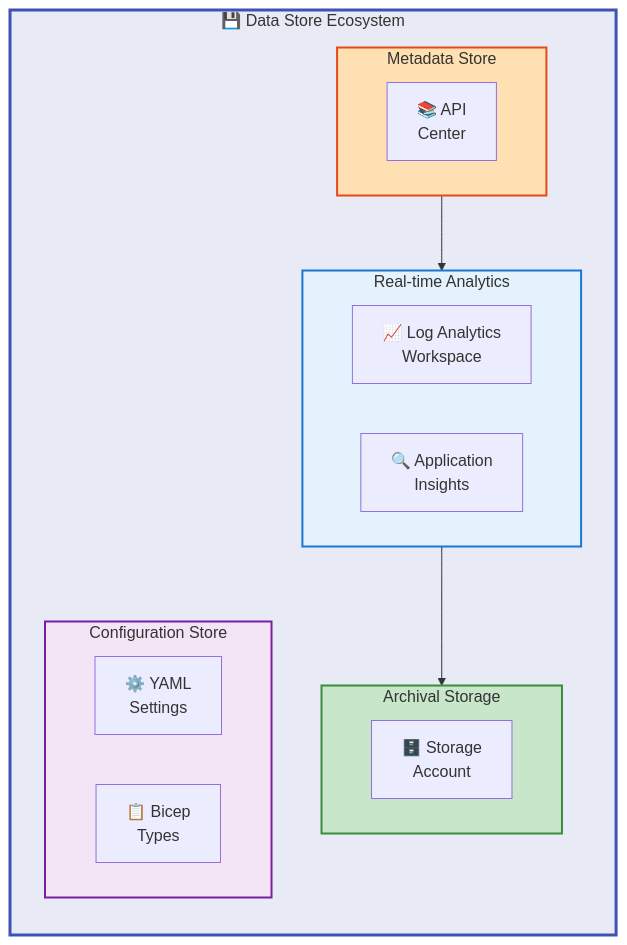
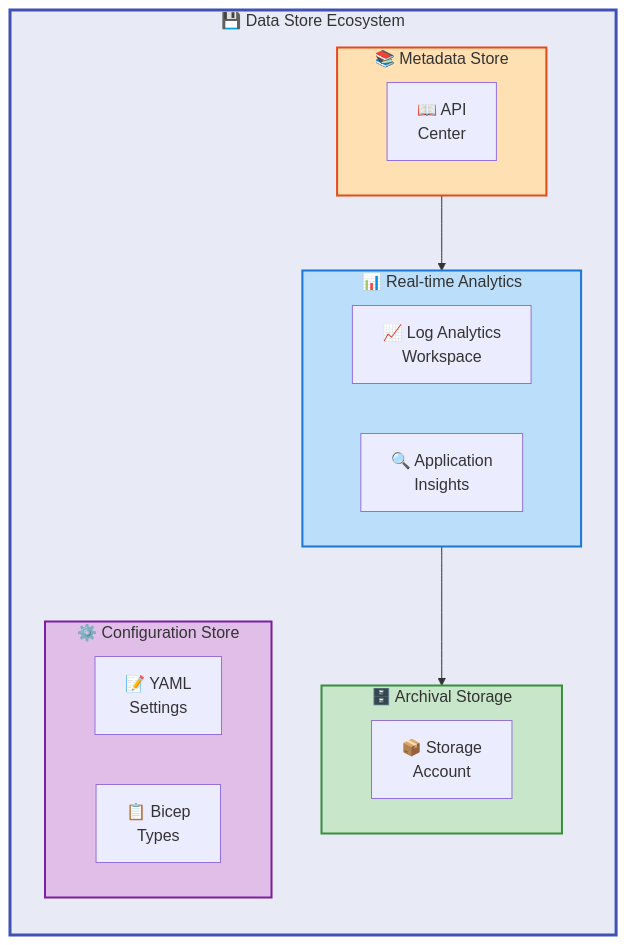
One commit to Evilazaro/APIM-Accelerator changed the third of 10 diagrams in docs/architecture/Data_Architecture_Document.md. Above: the diagram before and after it, drawn with Mermaid. The commit also changed other lines of this file and 1 other file, not shown here.

Commit message:
Enhance Data Architecture Document with improved flowcharts and semantic icons for better clarity and visual appeal

````diff
--- a/docs/architecture/Data_Architecture_Document.md
+++ b/docs/architecture/Data_Architecture_Document.md
@@ -150,38 +157,42 @@
 ```mermaid
 %%{init: {"flowchart": {"htmlLabels": false}} }%%
+%% ============================================
+%% COLOR SCHEME: Hierarchical + Semantic layers
+%% Level 1: #E8EAF6 | Realtime=#BBDEFB | Archive=#C8E6C9 | Meta=#FFE0B2 | Config=#E1BEE7
+%% ============================================
 flowchart TB
     subgraph datastores["💾 Data Store Ecosystem"]
         direction TB
 
-        subgraph realtime["Real-time Analytics"]
+        subgraph realtime["📊 Real-time Analytics"]
             direction LR
             DS1["📈 Log Analytics<br/>Workspace"]
             DS2["🔍 Application<br/>Insights"]
         end
 
-        subgraph archive["Archival Storage"]
+        subgraph archive["🗄️ Archival Storage"]
             direction LR
-            DS3["🗄️ Storage<br/>Account"]
+            DS3["📦 Storage<br/>Account"]
         end
 
-        subgraph metadata["Metadata Store"]
+        subgraph metadata["📚 Metadata Store"]
             direction LR
-            DS4["📚 API<br/>Center"]
+            DS4["📖 API<br/>Center"]
         end
 
-        subgraph config["Configuration Store"]
+        subgraph config["⚙️ Configuration Store"]
             direction LR
-            DS5["⚙️ YAML<br/>Settings"]
+            DS5["📝 YAML<br/>Settings"]
             DS6["📋 Bicep<br/>Types"]
         end
     end
 
     realtime --> archive
     metadata --> realtime
 
     style datastores fill:#E8EAF6,stroke:#3F51B5,stroke-width:3px
-    style realtime fill:#E3F2FD,stroke:#1976D2,stroke-width:2px
+    style realtime fill:#BBDEFB,stroke:#1976D2,stroke-width:2px
     style archive fill:#C8E6C9,stroke:#388E3C,stroke-width:2px
     style metadata fill:#FFE0B2,stroke:#E64A19,stroke-width:2px
-    style config fill:#F3E5F5,stroke:#7B1FA2,stroke-width:2px
+    style config fill:#E1BEE7,stroke:#7B1FA2,stroke-width:2px
 ```
````
